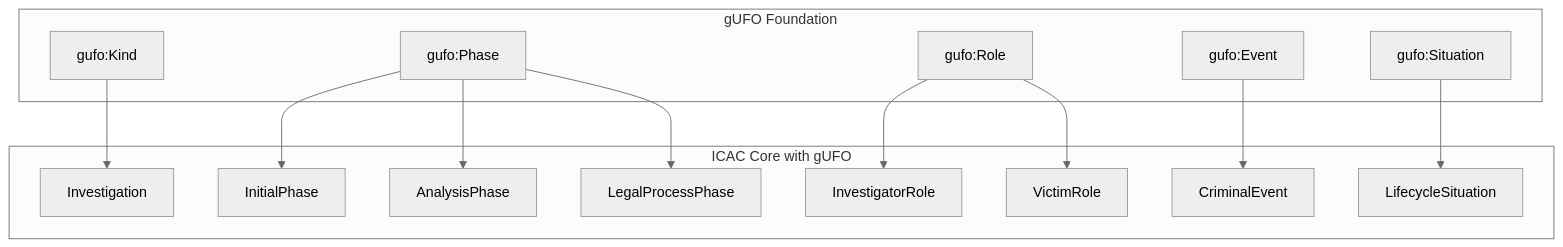
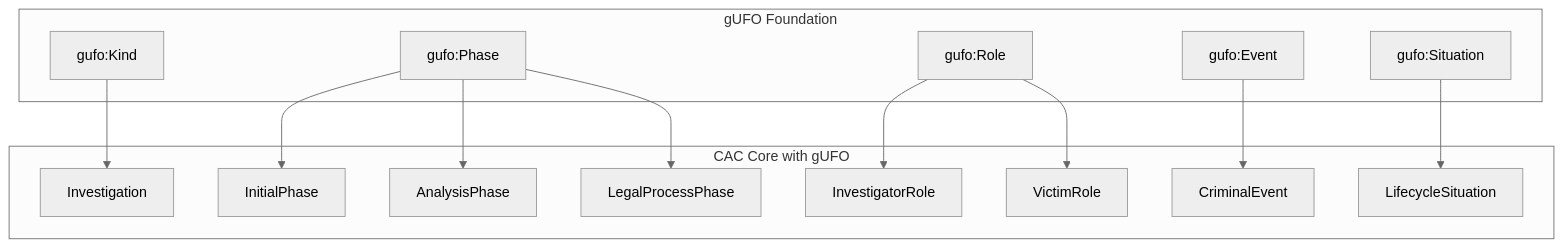
The first of 6 diagrams in docs/architecture.md (Project-VIC-International/CAC-Ontology), drawn with Mermaid (neutral theme) before and after one commit. The commit also changed other lines of this file and 61 other files, not shown here.

````diff
--- a/docs/architecture.md
+++ b/docs/architecture.md
@@ -10,30 +10,30 @@
 ```mermaid
 graph TD
     subgraph "gUFO Foundation"
         GUFO_KIND[gufo:Kind]
         GUFO_PHASE[gufo:Phase] 
         GUFO_ROLE[gufo:Role]
         GUFO_EVENT[gufo:Event]
         GUFO_SITUATION[gufo:Situation]
     end
 
-    subgraph "ICAC Core with gUFO"
+    subgraph "CAC Core with gUFO"
         INVESTIGATION[Investigation]
         INIT_PHASE[InitialPhase]
         ANALYSIS_PHASE[AnalysisPhase]
         LEGAL_PHASE[LegalProcessPhase]
         INVESTIGATOR_ROLE[InvestigatorRole]
         VICTIM_ROLE[VictimRole]
         CRIMINAL_EVENT[CriminalEvent]
         LIFECYCLE_SIT[LifecycleSituation]
     end
 
     GUFO_KIND --> INVESTIGATION
     GUFO_PHASE --> INIT_PHASE
     GUFO_PHASE --> ANALYSIS_PHASE
     GUFO_PHASE --> LEGAL_PHASE
     GUFO_ROLE --> INVESTIGATOR_ROLE
     GUFO_ROLE --> VICTIM_ROLE
     GUFO_EVENT --> CRIMINAL_EVENT
     GUFO_SITUATION --> LIFECYCLE_SIT
 ```
````
